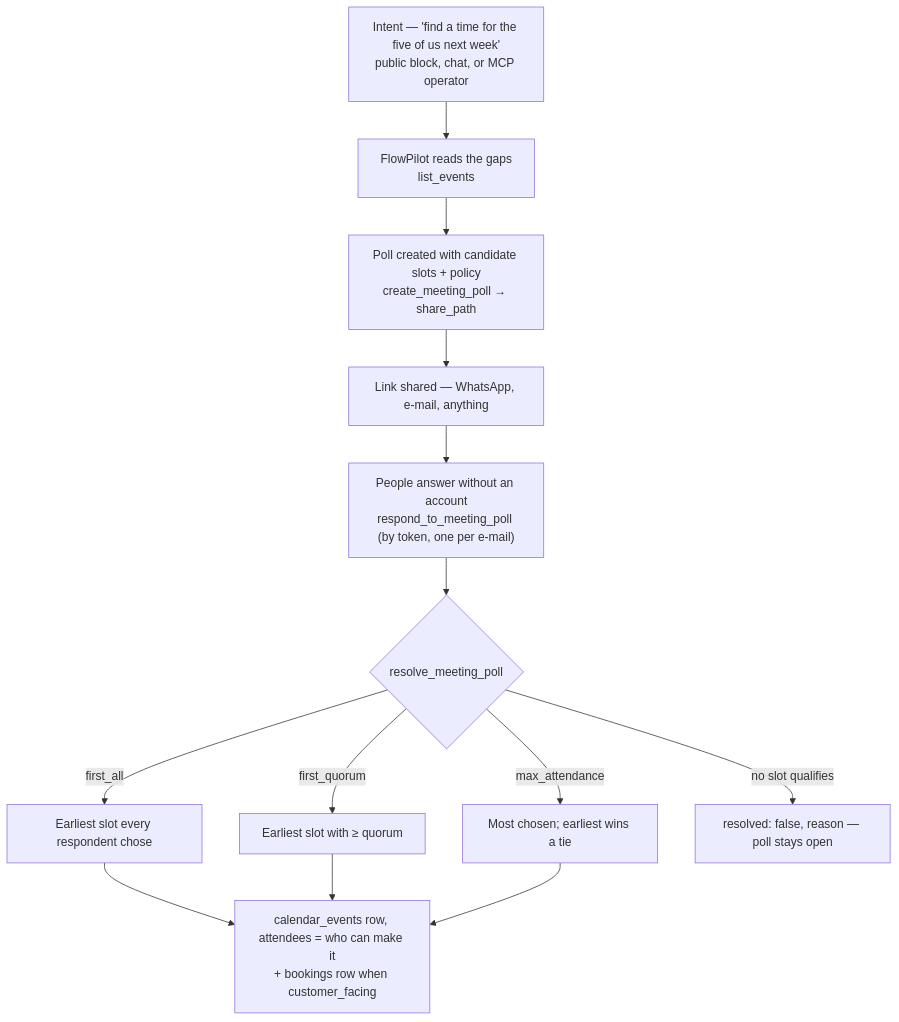
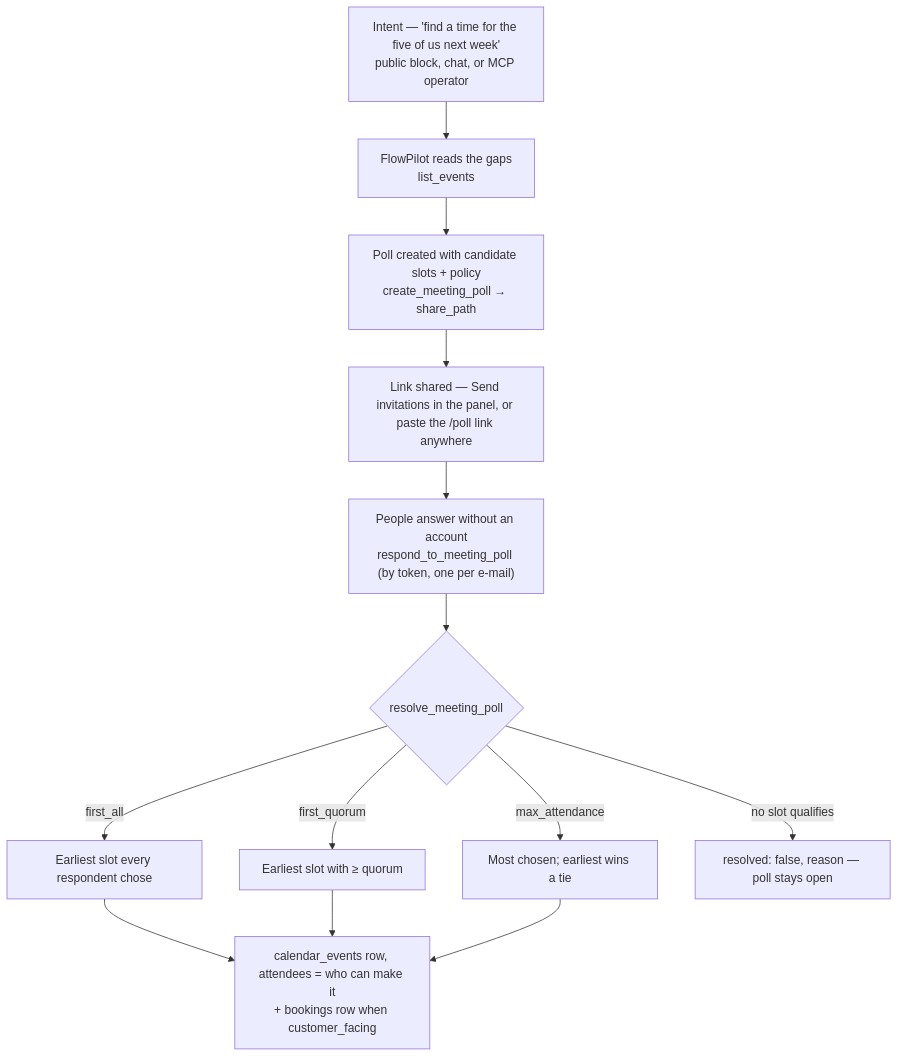
One commit to anaviddev/flowwink changed the diagram in docs/processes/propose-to-meet.md. Above: the diagram before and after it, drawn with Mermaid. The commit also changed other lines of this file and 27 other files, not shown here.

````diff
--- a/docs/processes/propose-to-meet.md
+++ b/docs/processes/propose-to-meet.md
@@ -46,14 +47,14 @@
 ```mermaid
 flowchart TD
     A["Intent — 'find a time for the five of us next week'<br/>public block, chat, or MCP operator"]
     A --> B["FlowPilot reads the gaps<br/>list_events"]
     B --> C["Poll created with candidate slots + policy<br/>create_meeting_poll → share_path"]
-    C --> D["Link shared — WhatsApp, e-mail, anything"]
+    C --> D["Link shared — Send invitations in the panel, or paste the /poll link anywhere"]
     D --> E["People answer without an account<br/>respond_to_meeting_poll (by token, one per e-mail)"]
     E --> F{"resolve_meeting_poll"}
     F -->|first_all| G["Earliest slot every respondent chose"]
     F -->|first_quorum| H["Earliest slot with ≥ quorum"]
     F -->|max_attendance| I["Most chosen; earliest wins a tie"]
     G & H & I --> J["calendar_events row, attendees = who can make it<br/>+ bookings row when customer_facing"]
     F -->|no slot qualifies| K["resolved: false, reason — poll stays open"]
 ```
````
